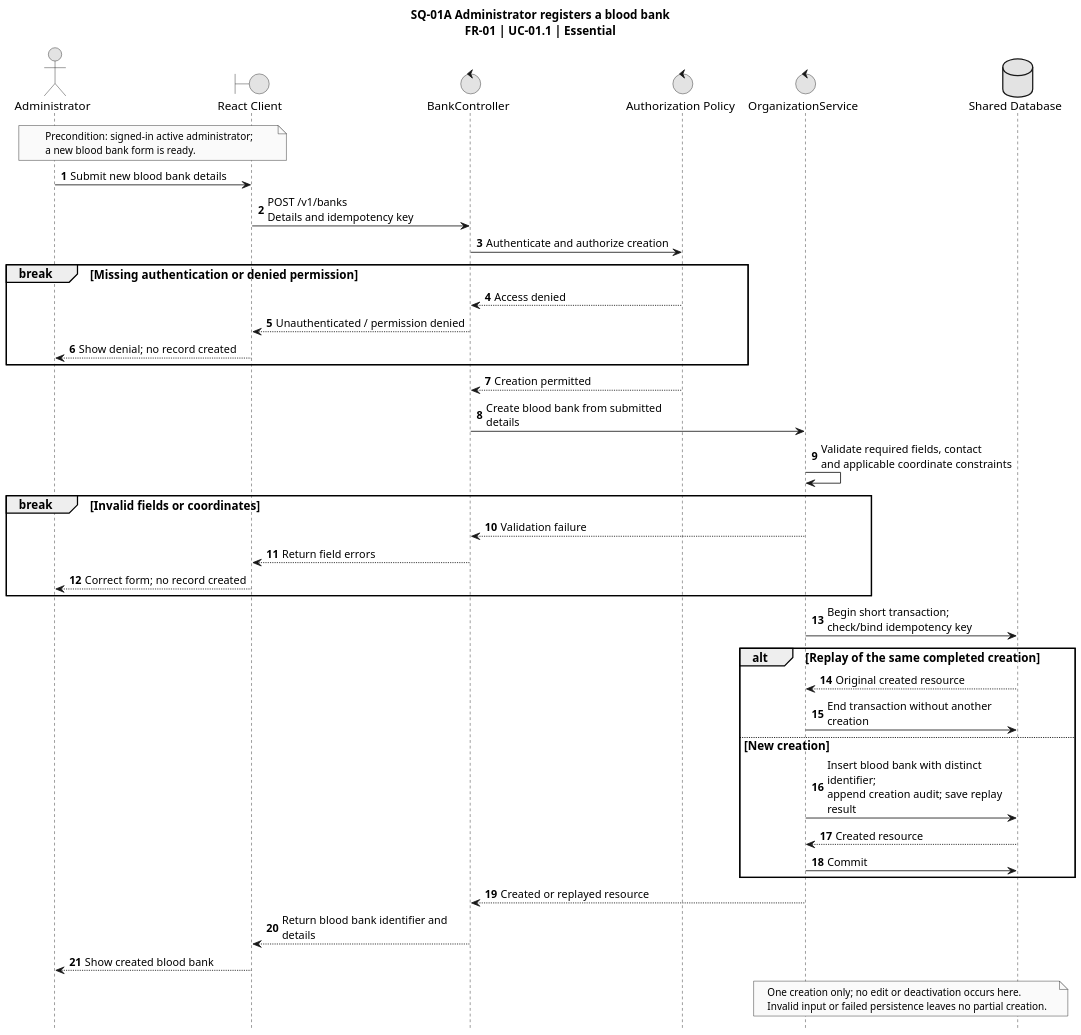
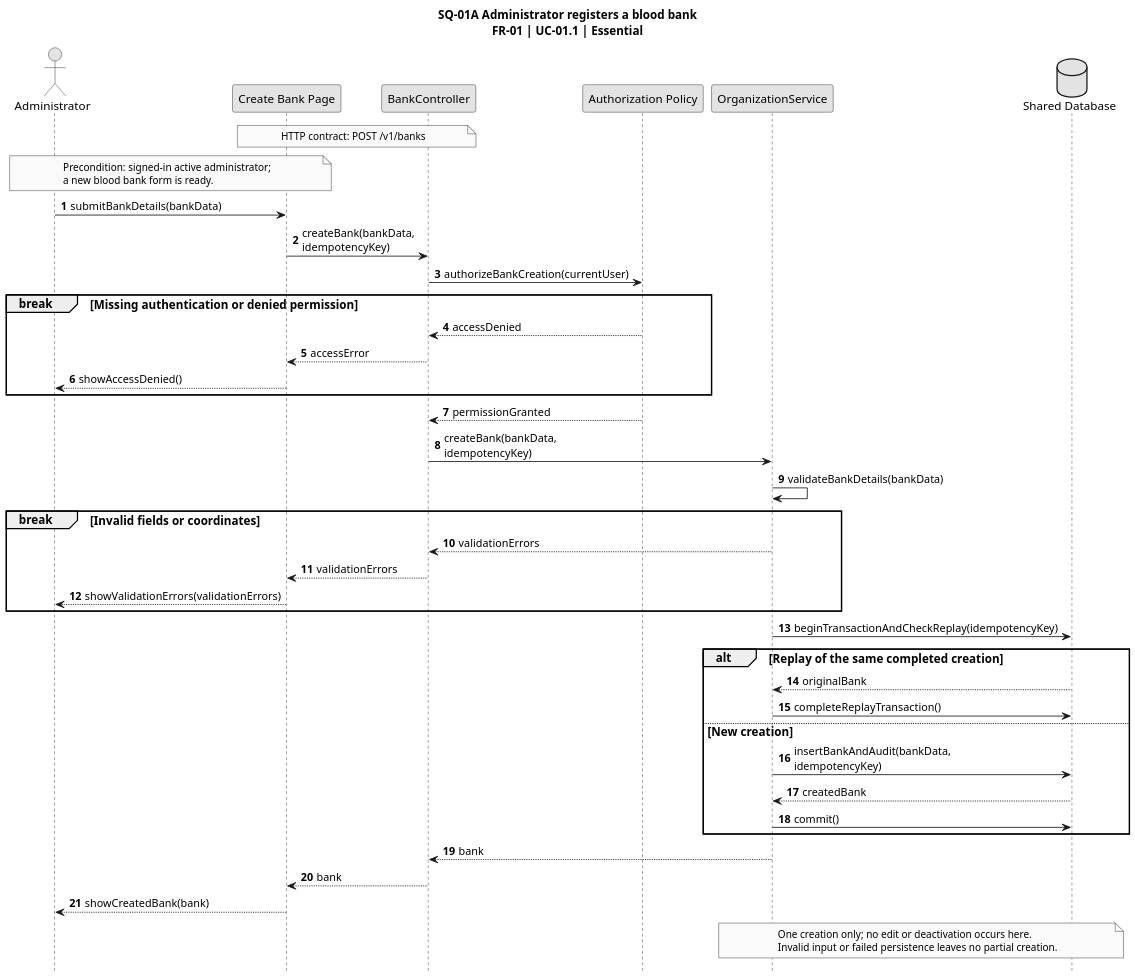
Before and after one commit to TitanDevX/BloodBankPlatformUni: the third of 16 diagrams in docs/uml/PlantUML-Sources.md, drawn with PlantUML. The commit also changed other lines of this file and 17 other files, not shown here.

````diff
--- a/docs/uml/PlantUML-Sources.md
+++ b/docs/uml/PlantUML-Sources.md
@@ -113,57 +113,60 @@
 ```plantuml
 @startuml SQ01A_Create
 title SQ-01A Administrator registers a blood bank\nFR-01 | UC-01.1 | Essential
 skinparam monochrome true
 skinparam shadowing false
 skinparam defaultFontName Arial
 skinparam defaultFontSize 14
 skinparam ArrowFontSize 13
 skinparam noteFontSize 12
 skinparam dpi 140
 hide footbox
 skinparam maxMessageSize 240
 autonumber
 actor Administrator as Admin
-boundary "React Client" as Client
-control "BankController" as Ctrl
-control "Authorization Policy" as Policy
-control "OrganizationService" as Svc
+participant "Create Bank Page" as Client
+participant "BankController" as Ctrl
+participant "Authorization Policy" as Policy
+participant "OrganizationService" as Svc
 database "Shared Database" as DB
+note over Client, Ctrl
+ HTTP contract: POST /v1/banks
+end note
 note over Admin, Client
  Precondition: signed-in active administrator;
  a new blood bank form is ready.
 end note
-Admin -> Client: Submit new blood bank details
-Client -> Ctrl: POST /v1/banks\nDetails and idempotency key
-Ctrl -> Policy: Authenticate and authorize creation
+Admin -> Client: submitBankDetails(bankData)
+Client -> Ctrl: createBank(bankData, idempotencyKey)
+Ctrl -> Policy: authorizeBankCreation(currentUser)
 break Missing authentication or denied permission
- Policy --> Ctrl: Access denied
- Ctrl --> Client: Unauthenticated / permission denied
- Client --> Admin: Show denial; no record created
+ Policy --> Ctrl: accessDenied
+ Ctrl --> Client: accessError
+ Client --> Admin: showAccessDenied()
 end
-Policy --> Ctrl: Creation permitted
-Ctrl -> Svc: Create blood bank from submitted details
-Svc -> Svc: Validate required fields, contact\nand applicable coordinate constraints
+Policy --> Ctrl: permissionGranted
+Ctrl -> Svc: createBank(bankData, idempotencyKey)
+Svc -> Svc: validateBankDetails(bankData)
 break Invalid fields or coordinates
- Svc --> Ctrl: Validation failure
- Ctrl --> Client: Return field errors
- Client --> Admin: Correct form; no record created
+ Svc --> Ctrl: validationErrors
+ Ctrl --> Client: validationErrors
+ Client --> Admin: showValidationErrors(validationErrors)
 end
-Svc -> DB: Begin short transaction;\ncheck/bind idempotency key
+Svc -> DB: beginTransactionAndCheckReplay(idempotencyKey)
 alt Replay of the same completed creation
- DB --> Svc: Original created resource
- Svc -> DB: End transaction without another creation
+ DB --> Svc: originalBank
+ Svc -> DB: completeReplayTransaction()
 else New creation
- Svc -> DB: Insert blood bank with distinct identifier;\nappend creation audit; save replay result
- DB --> Svc: Created resource
- Svc -> DB: Commit
+ Svc -> DB: insertBankAndAudit(bankData, idempotencyKey)
+ DB --> Svc: createdBank
+ Svc -> DB: commit()
 end
-Svc --> Ctrl: Created or replayed resource
-Ctrl --> Client: Return blood bank identifier and details
-Client --> Admin: Show created blood bank
+Svc --> Ctrl: bank
+Ctrl --> Client: bank
+Client --> Admin: showCreatedBank(bank)
 note over Svc, DB
  One creation only; no edit or deactivation occurs here.
  Invalid input or failed persistence leaves no partial creation.
 end note
 @enduml
 ```
````
